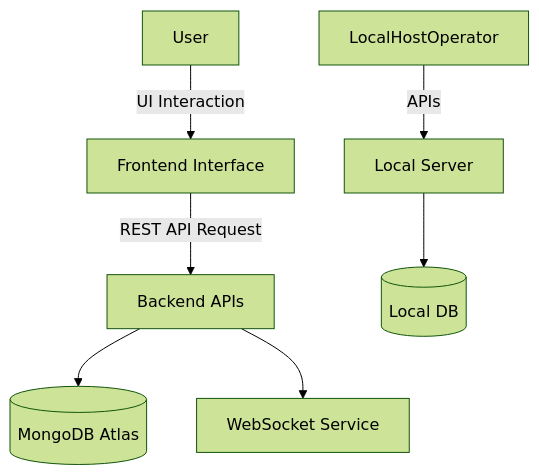
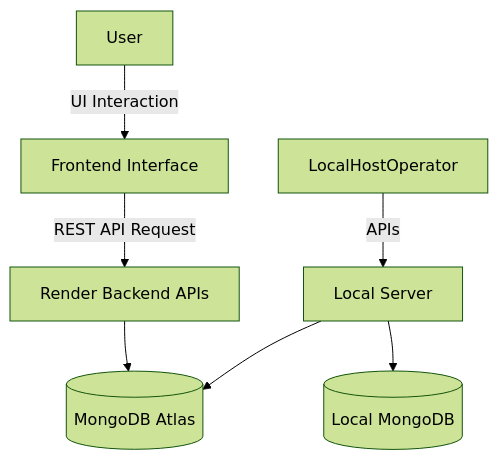
The diagram in readme.md (vedansh-tyagi245/RT-IDS), drawn with Mermaid (forest theme) before and after one commit.

````diff
--- a/readme.md
+++ b/readme.md
@@ -26,9 +26,11 @@
 ```mermaid
 flowchart TD
     User -->|UI Interaction| Frontend[Frontend Interface]
-    Frontend -->|REST API Request| Backend[Backend APIs]
-    Backend --> DB[(MongoDB Atlas)]
-    Backend --> WebSocket[WebSocket Service]
+    Frontend -->|REST API Request| Backend[Render Backend APIs]
+    Backend --> AtlasDB[(MongoDB Atlas)]
+
     LocalHostOperator -->|APIs| LocalServer[Local Server]
-    LocalServer --> LocalDB[(Local DB)]
+    LocalServer --> LocalDB[(Local MongoDB)]
+    LocalServer --> AtlasDB[(MongoDB Atlas)]
+
 ```
````
